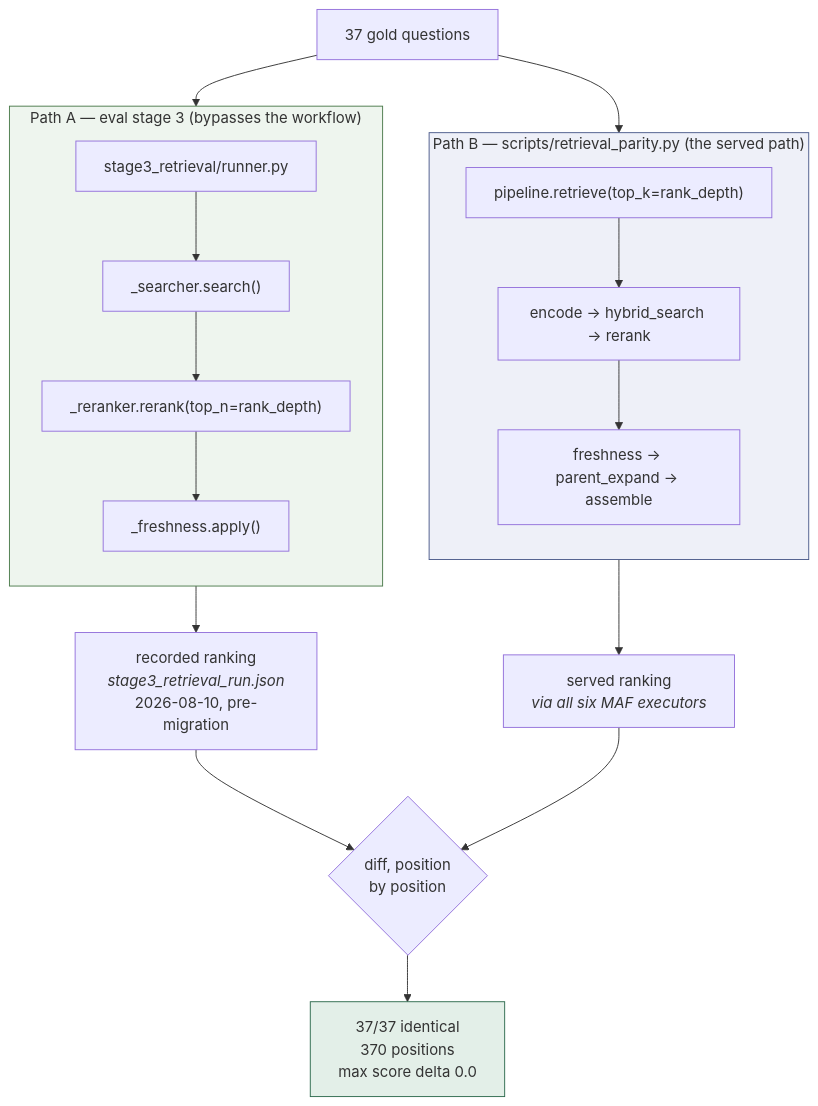
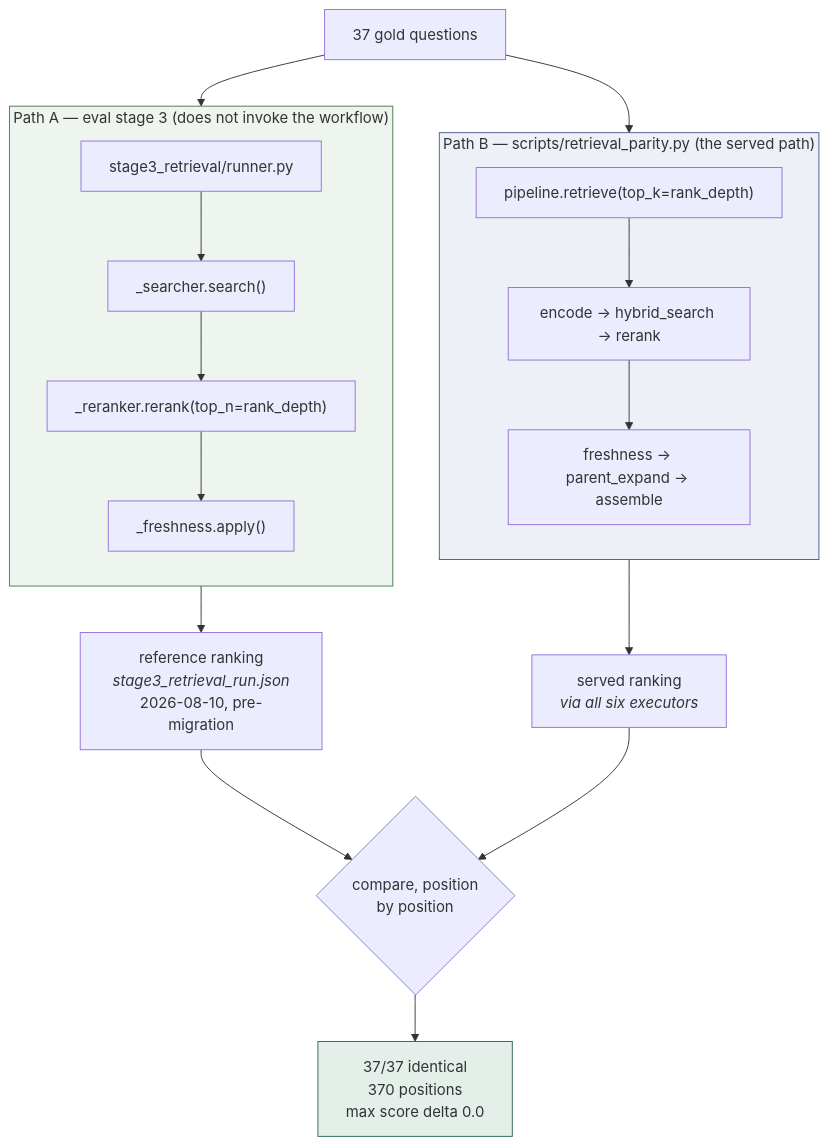
The second of 3 diagrams in rag-as-a-service/MAF_MIGRATION_EXPLAINED.md (manojchevula-acc/agent-mesh), drawn with Mermaid before and after one commit. The commit also changed other lines of this file and 14 other files, not shown here.

Commit message:
fix: build retrieval workflow per request to allow concurrent calls and added call graph md file

````diff
--- a/rag-as-a-service/MAF_MIGRATION_EXPLAINED.md
+++ b/rag-as-a-service/MAF_MIGRATION_EXPLAINED.md
@@ -270,33 +263,33 @@
 ```mermaid
 flowchart TB
     G["37 gold questions"]
 
-    subgraph A["Path A — eval stage 3 (bypasses the workflow)"]
+    subgraph A["Path A — eval stage 3 (does not invoke the workflow)"]
         direction TB
         A1["stage3_retrieval/runner.py"]
         A2["_searcher.search()"]
         A3["_reranker.rerank(top_n=rank_depth)"]
         A4["_freshness.apply()"]
         A1 --> A2 --> A3 --> A4
     end
 
     subgraph B["Path B — scripts/retrieval_parity.py (the served path)"]
         direction TB
         B1["pipeline.retrieve(top_k=rank_depth)"]
         B2["encode → hybrid_search → rerank"]
         B3["freshness → parent_expand → assemble"]
         B1 --> B2 --> B3
     end
 
     G --> A1
     G --> B1
-    A4 --> REC["recorded ranking<br/><i>stage3_retrieval_run.json</i><br/>2026-08-10, pre-migration"]
-    B3 --> RES["served ranking<br/><i>via all six MAF executors</i>"]
-    REC --> D{"diff, position<br/>by position"}
+    A4 --> REC["reference ranking<br/><i>stage3_retrieval_run.json</i><br/>2026-08-10, pre-migration"]
+    B3 --> RES["served ranking<br/><i>via all six executors</i>"]
+    REC --> D{"compare, position<br/>by position"}
     RES --> D
     D --> OK["37/37 identical<br/>370 positions<br/>max score delta 0.0"]
 
     style A fill:#eef5ee,stroke:#4a7a4a
     style B fill:#eef0f8,stroke:#4a5a8a
     style OK fill:#e3efe8,stroke:#2c6a4d
 ```
````
